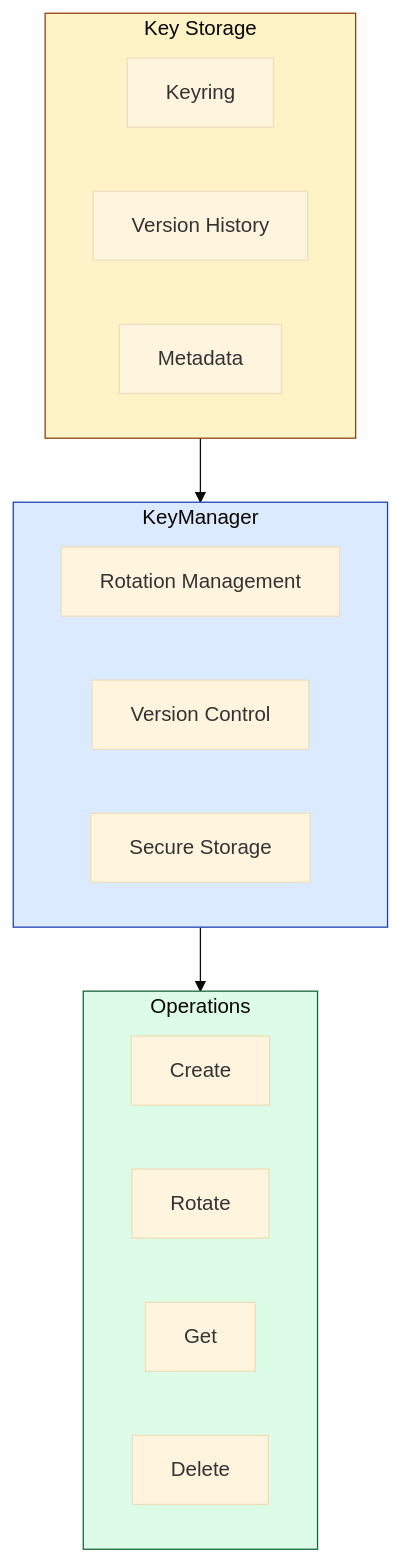
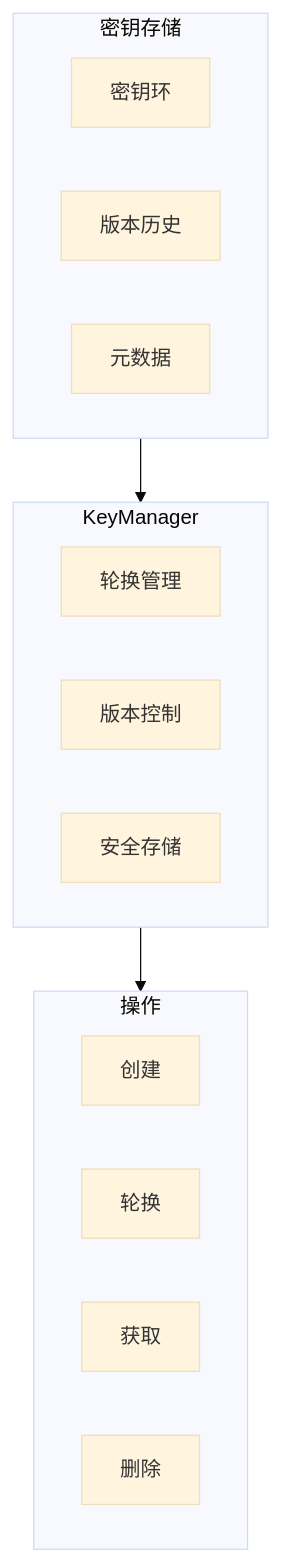
One commit to Kirky-X/confers changed the second of 3 diagrams in docs/API_REFERENCE.md. Above: the diagram before and after it, drawn with Mermaid (base theme). The commit also changed other lines of this file and 15 other files, not shown here.

Commit message:
docs: 文档结构重组(image→assets 统一 assets/ 目录) + 新增 ARCHITECTURE + 内容同步

````diff
--- a/docs/API_REFERENCE.md
+++ b/docs/API_REFERENCE.md
@@ -476,28 +704,24 @@
 ```mermaid
 graph TB
-    subgraph Storage ["Key Storage"]
-        A["Keyring"]
-        B["Version History"]
-        C["Metadata"]
+    subgraph Storage ["密钥存储"]
+        A["密钥环"]
+        B["版本历史"]
+        C["元数据"]
     end
 
     subgraph Manager ["KeyManager"]
-        D["Rotation Management"]
-        E["Version Control"]
-        F["Secure Storage"]
+        D["轮换管理"]
+        E["版本控制"]
+        F["安全存储"]
     end
 
-    subgraph Operations ["Operations"]
-        G["Create"]
-        H["Rotate"]
-        I["Get"]
-        J["Delete"]
+    subgraph Operations ["操作"]
+        G["创建"]
+        H["轮换"]
+        I["获取"]
+        J["删除"]
     end
 
     Storage --> Manager
     Manager --> Operations
-
-    style Storage fill:#FEF3C7,stroke:#92400E
-    style Manager fill:#DBEAFE,stroke:#1E40AF
-    style Operations fill:#DCFCE7,stroke:#166534
 ```
````
